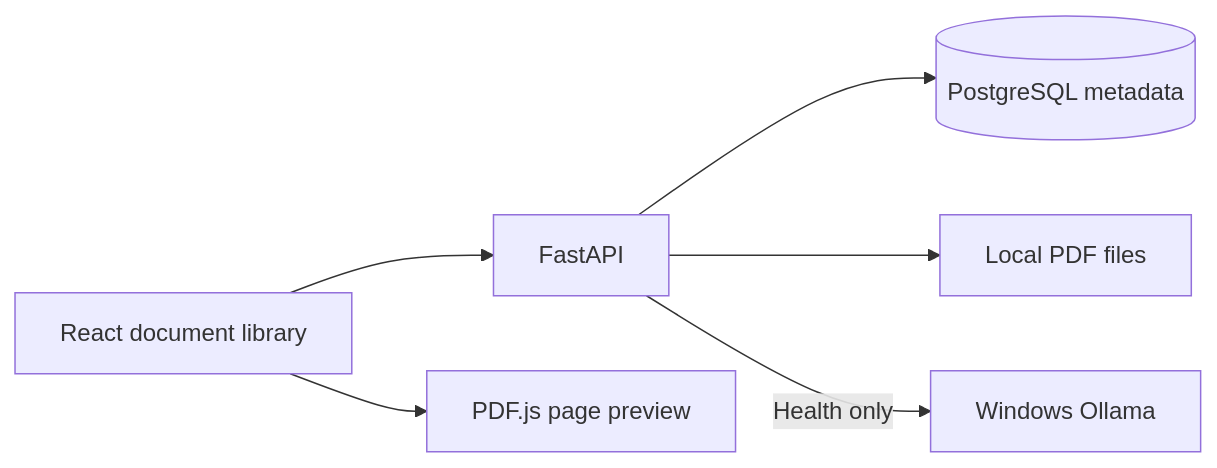
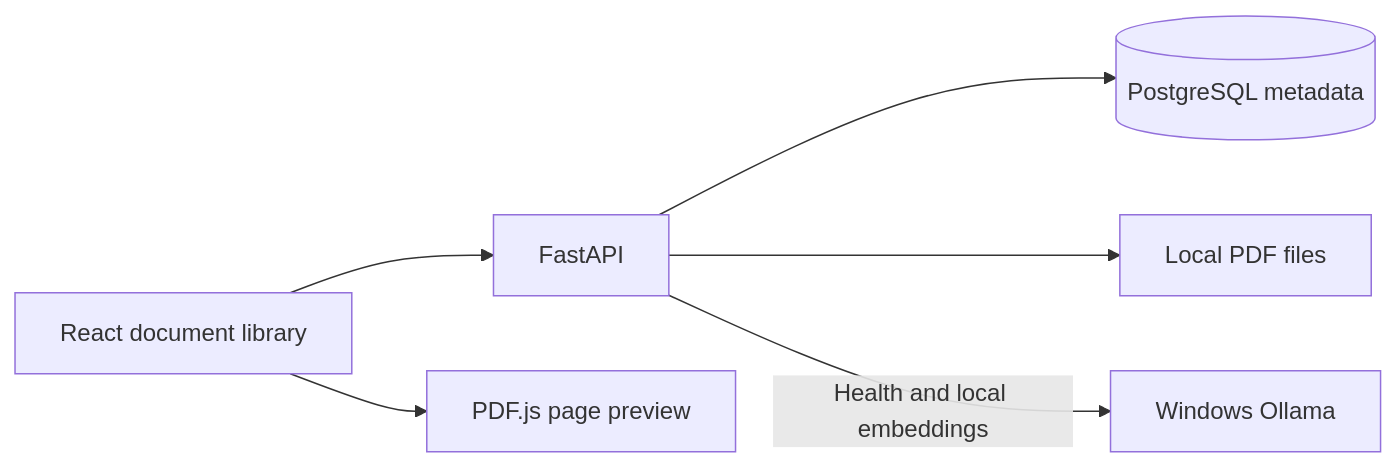
The diagram in README.md (Amrincode/ragvault), drawn with Mermaid before and after one commit. The commit also changed other lines of this file and 46 other files, not shown here.

````diff
--- a/README.md
+++ b/README.md
@@ -23,8 +23,8 @@
 ```mermaid
 flowchart LR
     React[React document library] --> API[FastAPI]
     API --> DB[(PostgreSQL metadata)]
     API --> PDFs[Local PDF files]
     React --> Preview[PDF.js page preview]
-    API -->|Health only| Ollama[Windows Ollama]
+    API -->|Health and local embeddings| Ollama[Windows Ollama]
 ```
````
